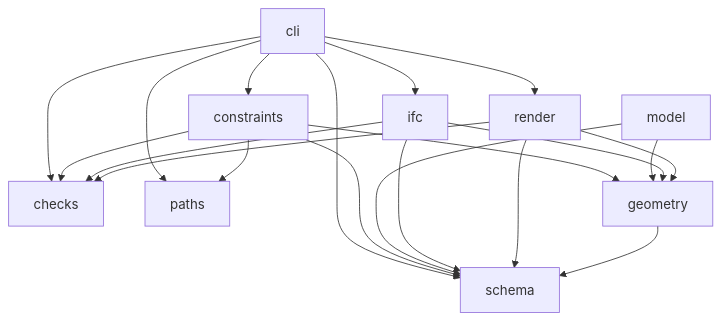
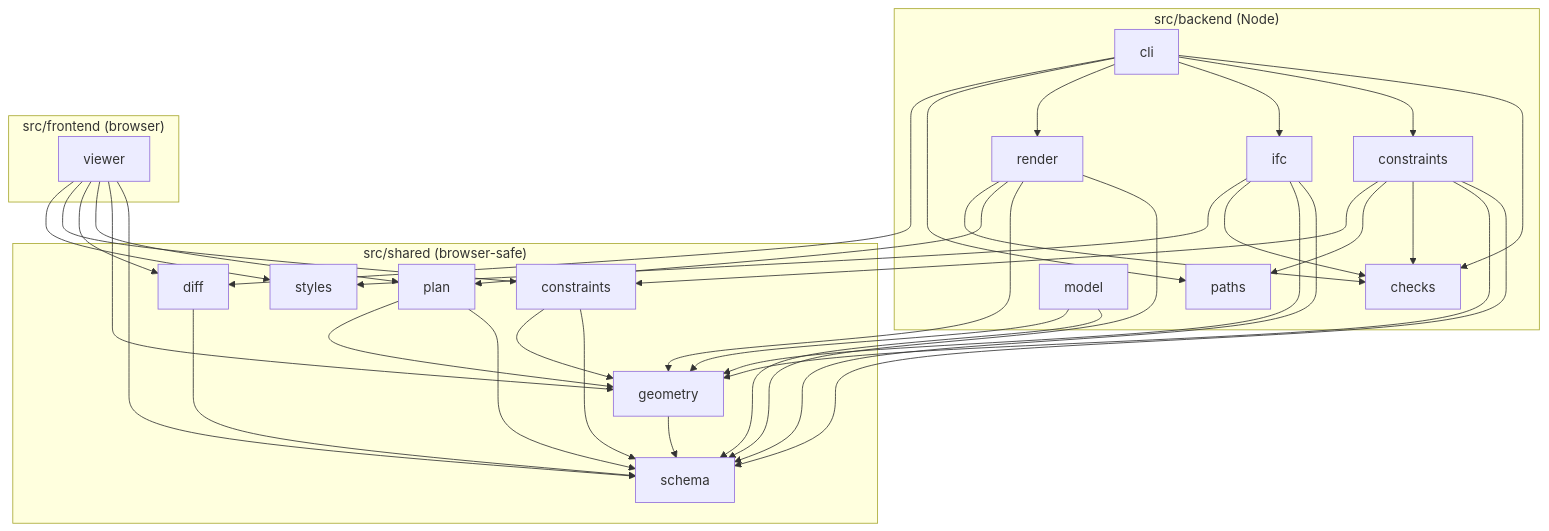
Before and after one commit to joshuabalfe/elmstead: the second of 2 diagrams in docs/architecture.md, drawn with Mermaid. The commit also changed other lines of this file and 211 other files, not shown here.

````diff
--- a/docs/architecture.md
+++ b/docs/architecture.md
@@ -84,9 +92,34 @@
 ```mermaid
 flowchart TD
-  cli --> schema & checks & constraints & ifc & render & paths
-  constraints --> schema & geometry & checks & paths
+  subgraph shared["src/shared (browser-safe)"]
+    schema
+    geometry
+    plan
+    diff
+    constraints
+    styles
+  end
+  subgraph backend["src/backend (Node)"]
+    cli
+    checks
+    backendConstraints["constraints"]
+    ifc
+    model
+    render
+    paths
+  end
+  subgraph frontend["src/frontend (browser)"]
+    viewer
+  end
+
+  viewer --> schema & geometry & plan & diff & constraints & styles
+  cli --> checks & backendConstraints & ifc & render & paths & diff
+  backendConstraints --> schema & geometry & checks & paths & constraints
   model --> schema & geometry
-  ifc --> schema & geometry & checks
-  render --> schema & geometry & checks
+  ifc --> schema & geometry & checks & styles
+  render --> schema & geometry & plan & checks
+  plan --> schema & geometry
   geometry --> schema
+  diff --> schema
+  constraints --> schema & geometry
 ```
````
